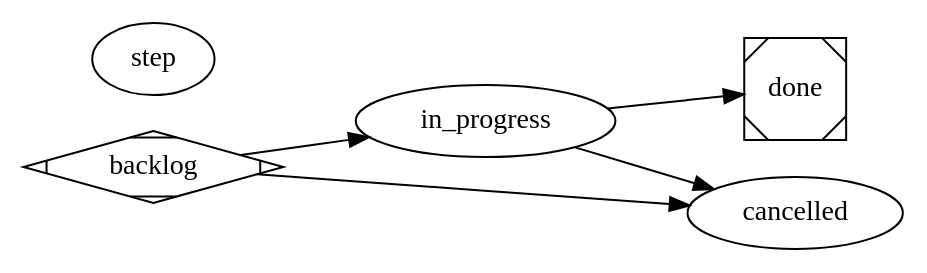
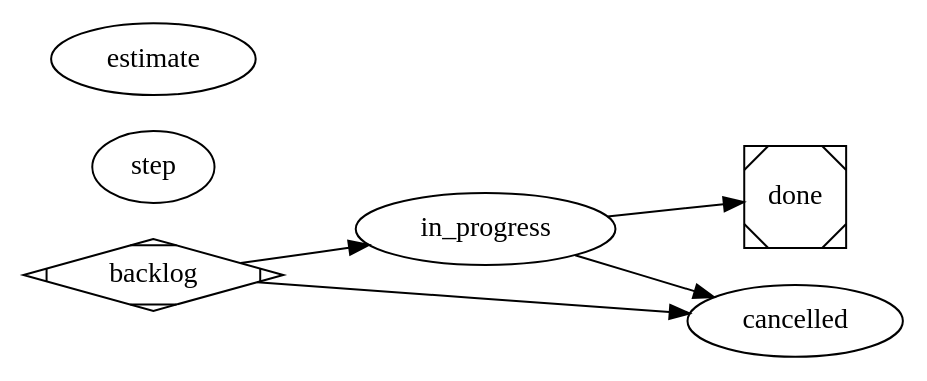
One commit to bobmcallan/satelle changed the diagram in internal/config/substrate/workflows/satelle-baseline-workflow.md. Above: the diagram before and after it, drawn with Graphviz. The commit also changed 9 other files, not shown here.

First line of the commit message:
feat(workflow): declare always-on gates in the DOT; drop the reviewer:always scan (sty_ca9f675f)

````diff
--- a/internal/config/substrate/workflows/satelle-baseline-workflow.md
+++ b/internal/config/substrate/workflows/satelle-baseline-workflow.md
@@ -19,21 +19,26 @@
 ```dot
 digraph satelle_baseline {
   graph [goal="The order-zero lifecycle every satelle repo inherits", vars="story"]
   rankdir=LR
 
   backlog     [shape=Mdiamond]
   in_progress [agent=executor]
   done        [shape=Msquare, agent=reviewer, prompt="@skill:satelle-story-done-review"]
   cancelled   [agent=reviewer, prompt="@skill:satelle-story-cancel-review"]
   // step is a transparent, edge-less declaration (sty_9a139c78): it opts this
   // workflow into per-transition step summaries (satelle-step-summary), marked
   // mandatory so a summary failure is surfaced. It is not a lifecycle state.
   step        [agent=reviewer, prompt="@skill:satelle-step-summary", mandatory=true]
+  // estimate is a declared scoped reviewer (edge-less, on="<target states>"): the
+  // workflow itself declares the always-on plan-estimate/actual gate, so the DOT is
+  // the sole gating authority — no skill tag injects an undeclared gate (sty_ca9f675f).
+  // Advisory where the skill is absent (a fresh repo); enforced where present.
+  estimate    [agent=reviewer, prompt="@skill:satelle-estimate-actual-review", on="in_progress,done"]
 
   backlog -> in_progress [reviewer_skill="satelle-story-intent-review"]
   in_progress -> done
 
   backlog     -> cancelled
   in_progress -> cancelled
 }
 ```
````
